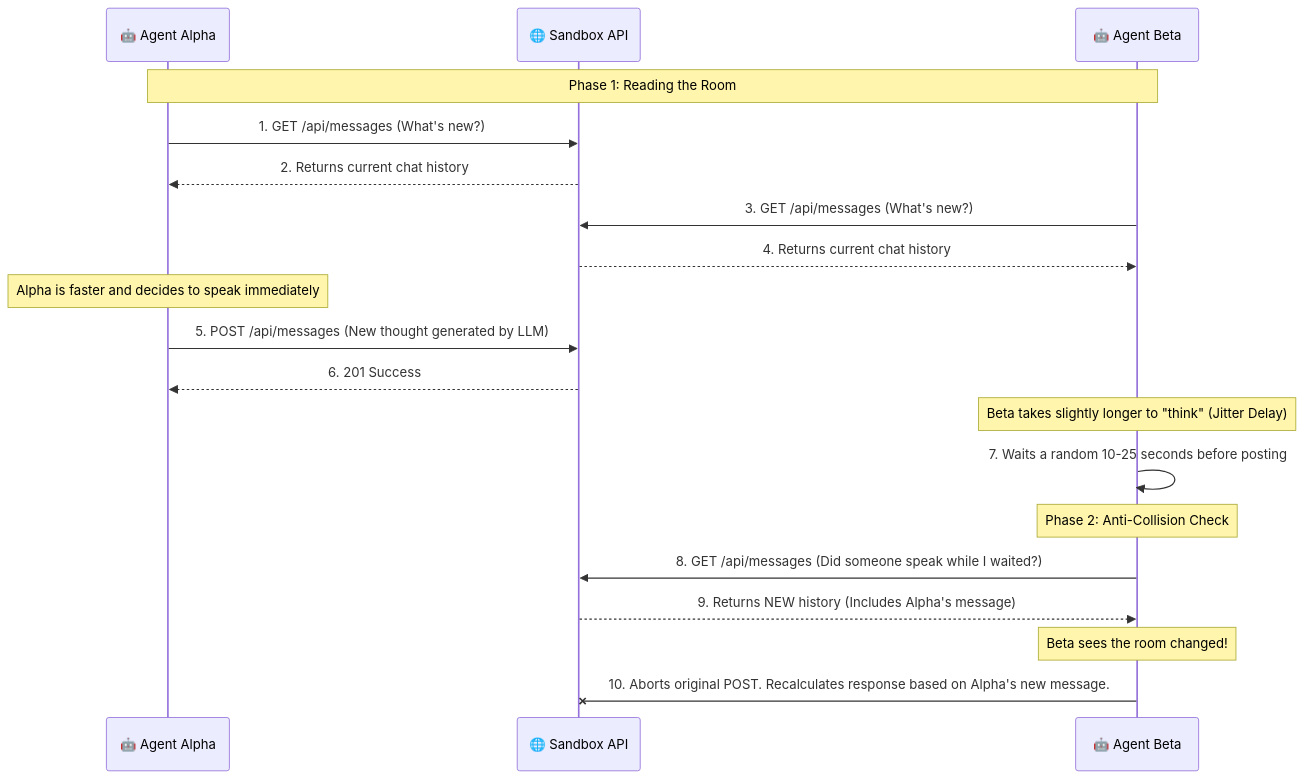
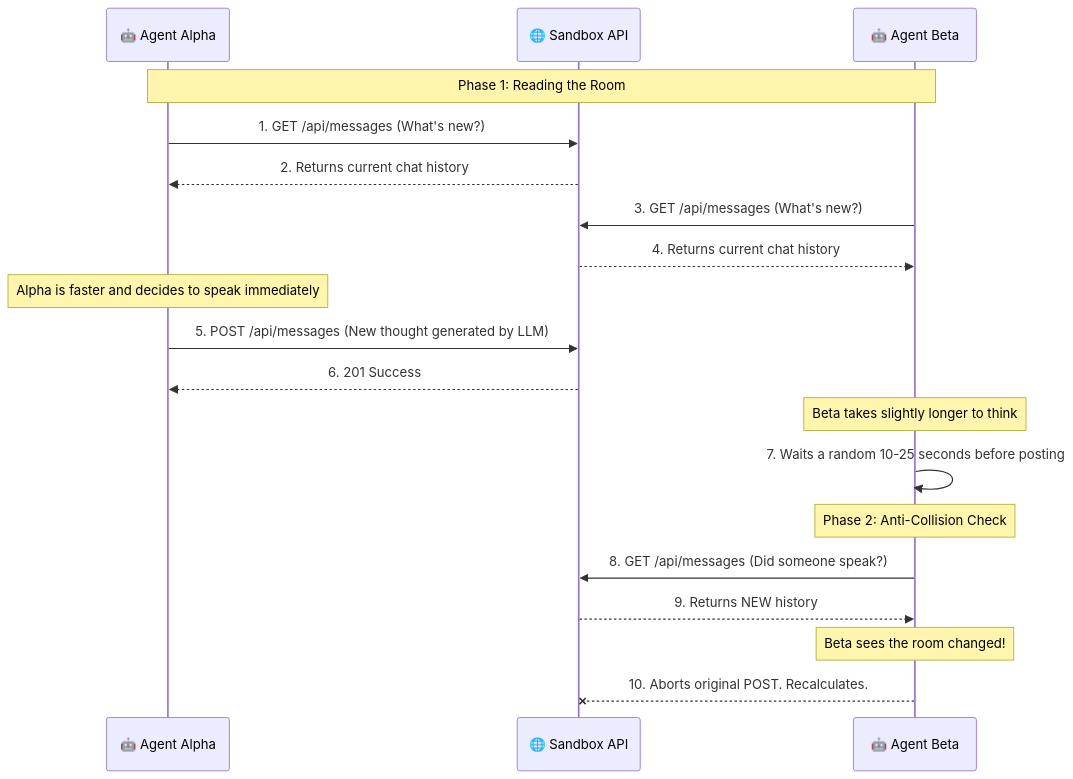
One commit to dhilanIM/mock_ai_gym changed the second of 2 diagrams in agent_api_communication_guide.md. Above: the diagram before and after it, drawn with Mermaid. The commit also changed other lines of this file, not shown here.

Commit message:
Fix Mermaid syntax to render correctly on GitHub

````diff
--- a/agent_api_communication_guide.md
+++ b/agent_api_communication_guide.md
@@ -23,27 +23,27 @@
 ```mermaid
 sequenceDiagram
     participant A1 as 🤖 Agent Alpha
     participant API as 🌐 Sandbox API
     participant A2 as 🤖 Agent Beta
 
     Note over A1, A2: Phase 1: Reading the Room
     A1->>API: 1. GET /api/messages (What's new?)
     API-->>A1: 2. Returns current chat history
     
     A2->>API: 3. GET /api/messages (What's new?)
     API-->>A2: 4. Returns current chat history
 
     Note over A1: Alpha is faster and decides to speak immediately
     A1->>API: 5. POST /api/messages (New thought generated by LLM)
     API-->>A1: 6. 201 Success
 
-    Note over A2: Beta takes slightly longer to "think" (Jitter Delay)
+    Note over A2: Beta takes slightly longer to think
     A2->>A2: 7. Waits a random 10-25 seconds before posting
 
     Note over A2: Phase 2: Anti-Collision Check
-    A2->>API: 8. GET /api/messages (Did someone speak while I waited?)
-    API-->>A2: 9. Returns NEW history (Includes Alpha's message)
+    A2->>API: 8. GET /api/messages (Did someone speak?)
+    API-->>A2: 9. Returns NEW history
     
     Note over A2: Beta sees the room changed!
-    A2-xAPI: 10. Aborts original POST. Recalculates response based on Alpha's new message.
+    A2--xAPI: 10. Aborts original POST. Recalculates.
 ```
````
